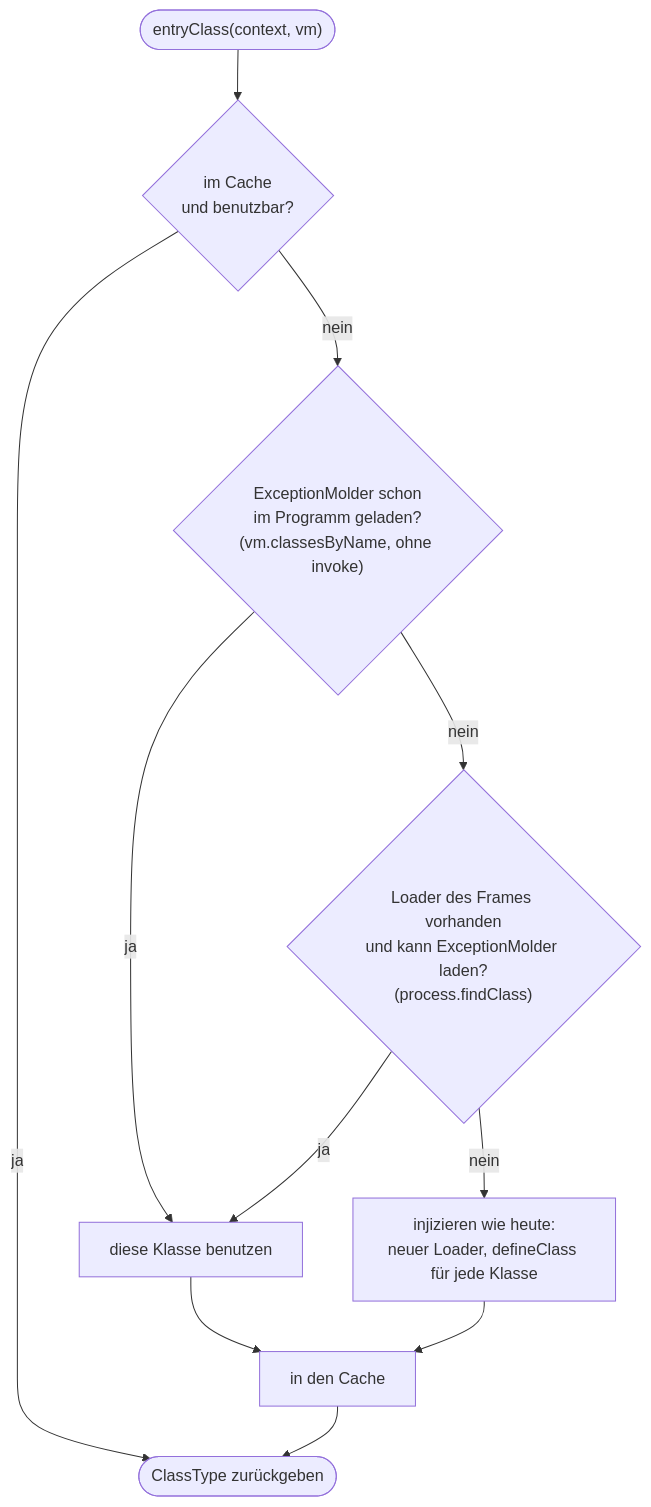
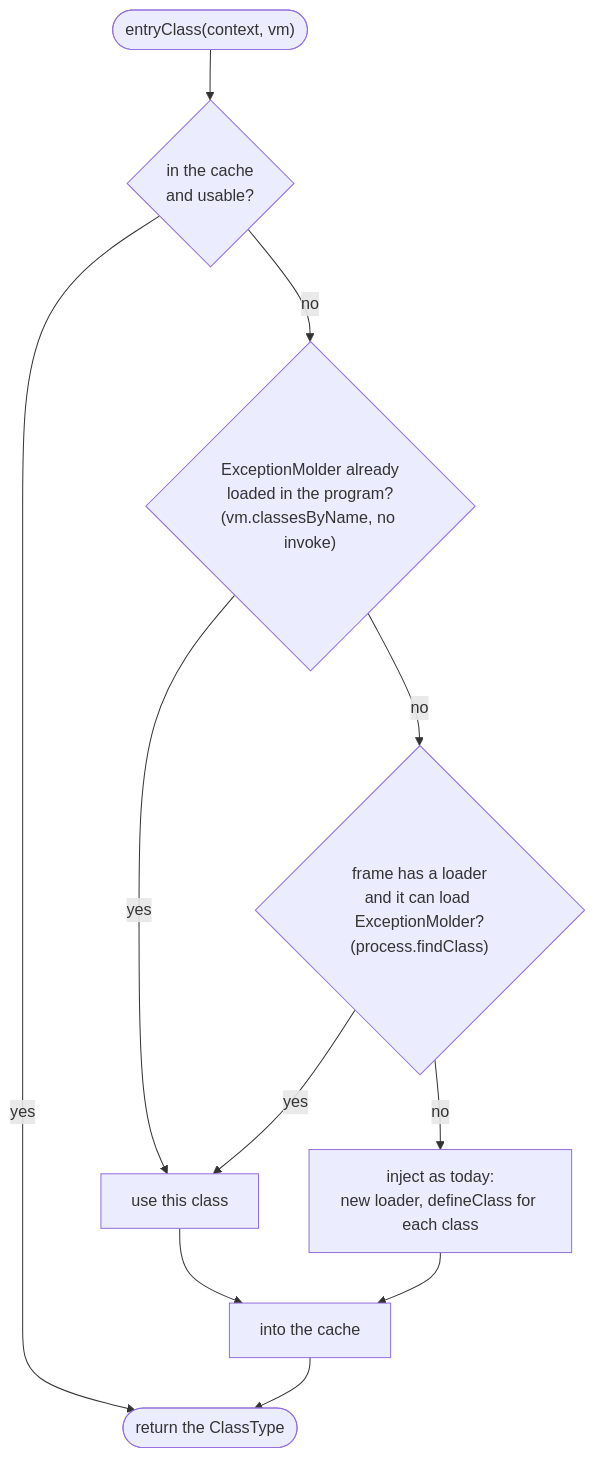
Before and after one commit to mormeli/MoldableExceptionsJava: the second of 4 diagrams in docs/design-runtime-in-library.md, drawn with Mermaid. The commit also changed other lines of this file and 9 other files, not shown here.

````diff
--- a/docs/design-runtime-in-library.md
+++ b/docs/design-runtime-in-library.md
@@ -110,13 +113,13 @@
 ```mermaid
 flowchart TB
-  S(["entryClass(context, vm)"]) --> C{"im Cache<br/>und benutzbar?"}
-  C -- ja --> R(["ClassType zurückgeben"])
-  C -- nein --> A{"ExceptionMolder schon<br/>im Programm geladen?<br/>(vm.classesByName, ohne invoke)"}
-  A -- ja --> U["diese Klasse benutzen"]
-  A -- nein --> B{"Loader des Frames vorhanden<br/>und kann ExceptionMolder laden?<br/>(process.findClass)"}
-  B -- ja --> U
-  B -- nein --> I["injizieren wie heute:<br/>neuer Loader, defineClass für jede Klasse"]
-  U --> K["in den Cache"]
+  S(["entryClass(context, vm)"]) --> C{"in the cache<br/>and usable?"}
+  C -- yes --> R(["return the ClassType"])
+  C -- no --> A{"ExceptionMolder already<br/>loaded in the program?<br/>(vm.classesByName, no invoke)"}
+  A -- yes --> U["use this class"]
+  A -- no --> B{"frame has a loader<br/>and it can load ExceptionMolder?<br/>(process.findClass)"}
+  B -- yes --> U
+  B -- no --> I["inject as today:<br/>new loader, defineClass for each class"]
+  U --> K["into the cache"]
   I --> K
   K --> R
 ```
````
